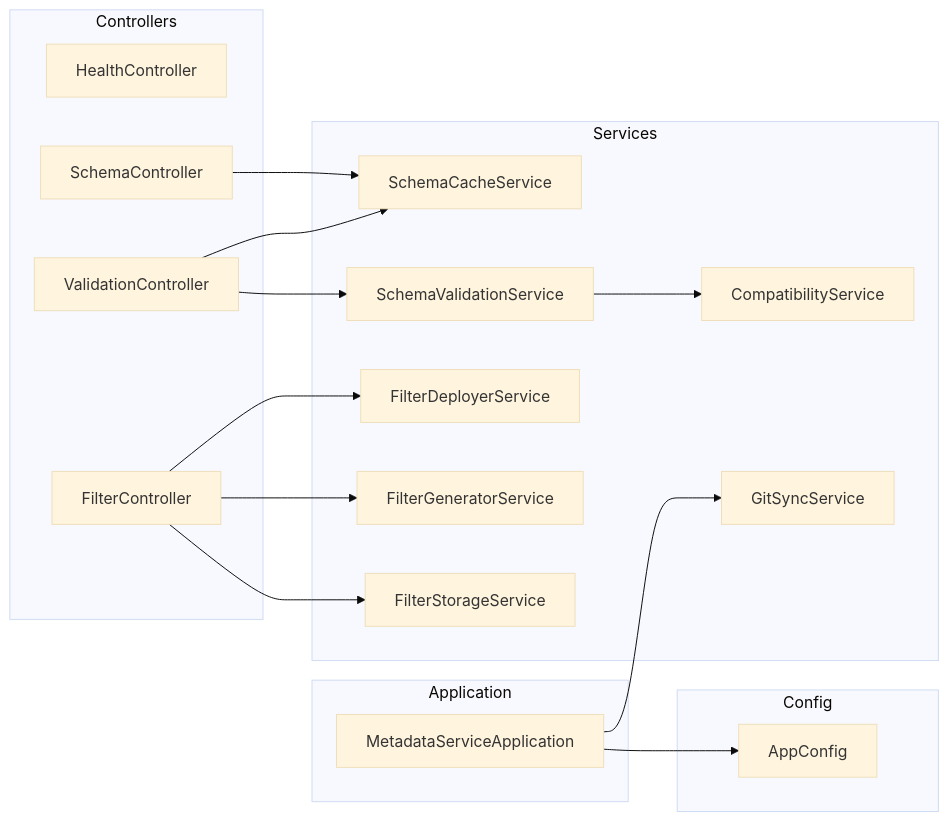
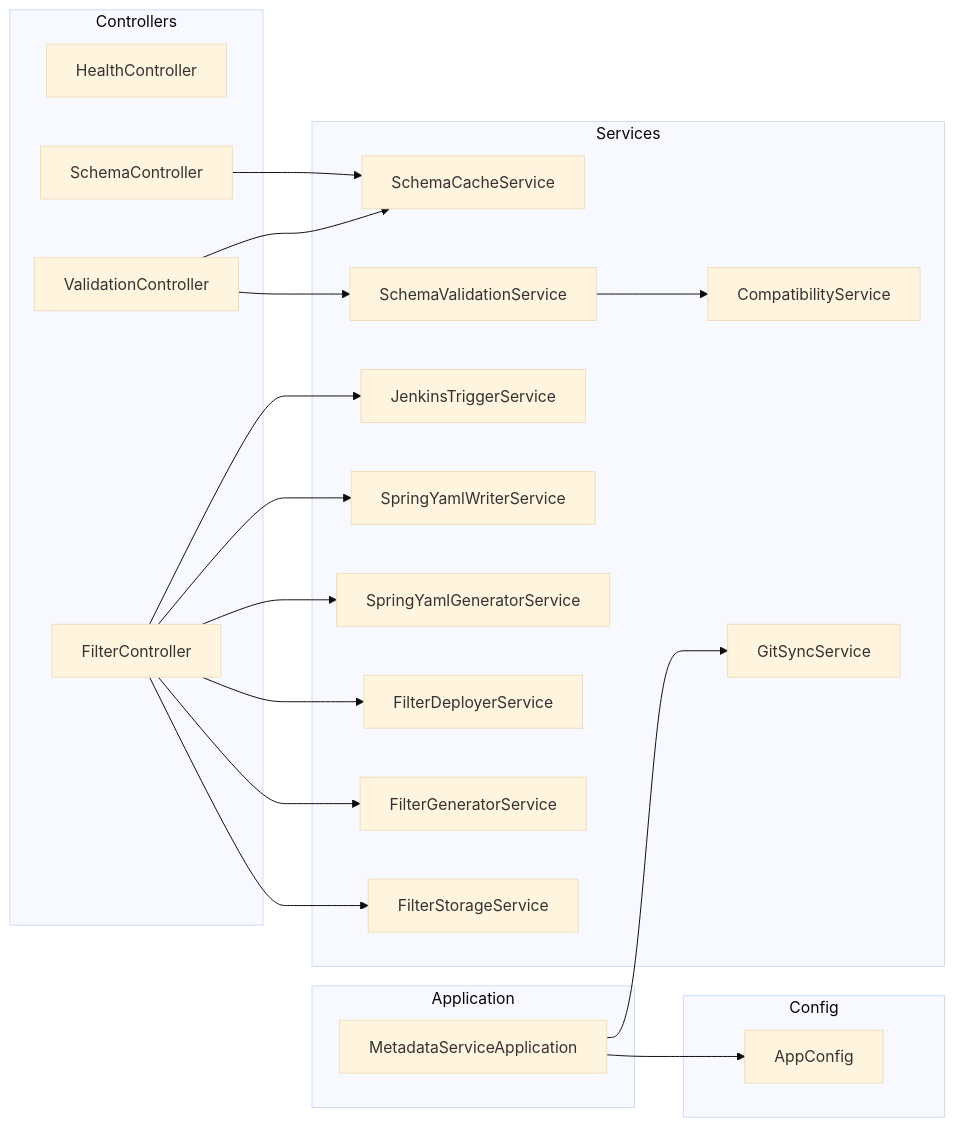
The second of 12 diagrams in metadata-service-java/METADATA_SERVICE_DOCUMENTATION.md (RickZee/api-performance-multi-lang), drawn with Mermaid (base theme) before and after one commit. The commit also changed other lines of this file and 19 other files, not shown here.

````diff
--- a/metadata-service-java/METADATA_SERVICE_DOCUMENTATION.md
+++ b/metadata-service-java/METADATA_SERVICE_DOCUMENTATION.md
@@ -71,37 +81,43 @@
 ```mermaid
 graph LR
     subgraph app [Application]
         Main[MetadataServiceApplication]
     end
 
     subgraph controllers [Controllers]
         HealthCtrl[HealthController]
         SchemaCtrl[SchemaController]
         ValidationCtrl[ValidationController]
         FilterCtrl[FilterController]
     end
 
     subgraph services [Services]
         GitSyncSvc[GitSyncService]
         CacheSvc[SchemaCacheService]
         ValidationSvc[SchemaValidationService]
         CompatSvc[CompatibilityService]
         StorageSvc[FilterStorageService]
         GenSvc[FilterGeneratorService]
         DeploySvc[FilterDeployerService]
+        SpringYamlGenSvc[SpringYamlGeneratorService]
+        SpringYamlWriterSvc[SpringYamlWriterService]
+        JenkinsTriggerSvc[JenkinsTriggerService]
     end
 
     subgraph config [Config]
         AppConfig[AppConfig]
     end
 
     Main --> AppConfig
     Main --> GitSyncSvc
     ValidationCtrl --> ValidationSvc
     ValidationCtrl --> CacheSvc
     SchemaCtrl --> CacheSvc
     FilterCtrl --> StorageSvc
     FilterCtrl --> GenSvc
     FilterCtrl --> DeploySvc
+    FilterCtrl --> SpringYamlGenSvc
+    FilterCtrl --> SpringYamlWriterSvc
+    FilterCtrl --> JenkinsTriggerSvc
     ValidationSvc --> CompatSvc
 ```
````
